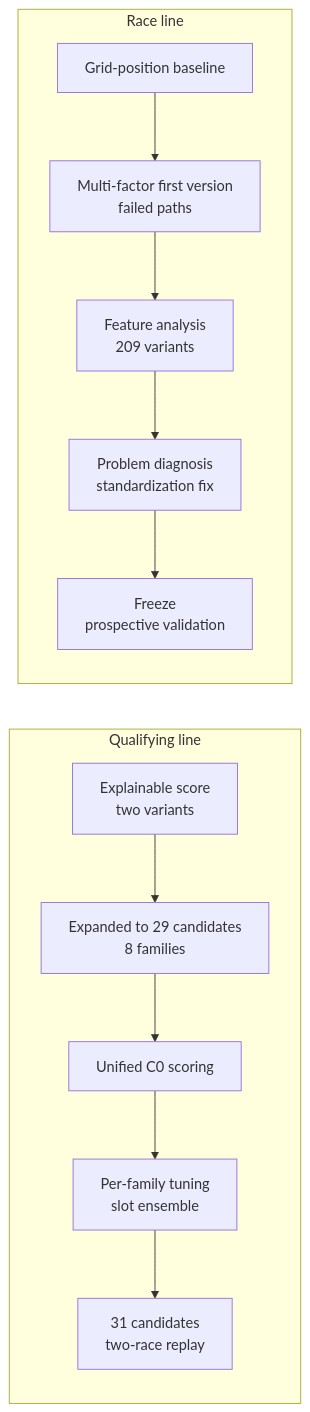
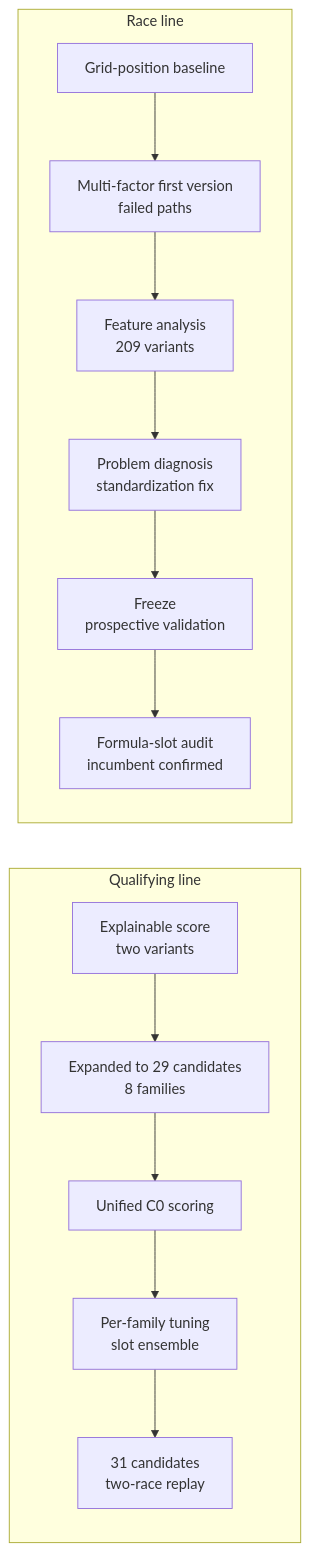
Before and after one commit to JC-SYSU/f1-forecast-lab: the first of 2 diagrams in research/06-model-lineage.md, drawn with Mermaid. The commit also changed other lines of this file and 1 other file, not shown here.

````diff
--- a/research/06-model-lineage.md
+++ b/research/06-model-lineage.md
@@ -5,9 +5,9 @@
 ```mermaid
 graph LR
     subgraph Q["Qualifying line"]
         Q1["Explainable score<br/>two variants"] --> Q2["Expanded to 29 candidates<br/>8 families"] --> Q3["Unified C0 scoring"] --> Q4["Per-family tuning<br/>slot ensemble"] --> Q5["31 candidates<br/>two-race replay"]
     end
     subgraph R["Race line"]
-        R1["Grid-position baseline"] --> R2["Multi-factor first version<br/>failed paths"] --> R3["Feature analysis<br/>209 variants"] --> R4["Problem diagnosis<br/>standardization fix"] --> R5["Freeze<br/>prospective validation"]
+        R1["Grid-position baseline"] --> R2["Multi-factor first version<br/>failed paths"] --> R3["Feature analysis<br/>209 variants"] --> R4["Problem diagnosis<br/>standardization fix"] --> R5["Freeze<br/>prospective validation"] --> R6["Formula-slot audit<br/>incumbent confirmed"]
     end
 ```
````
